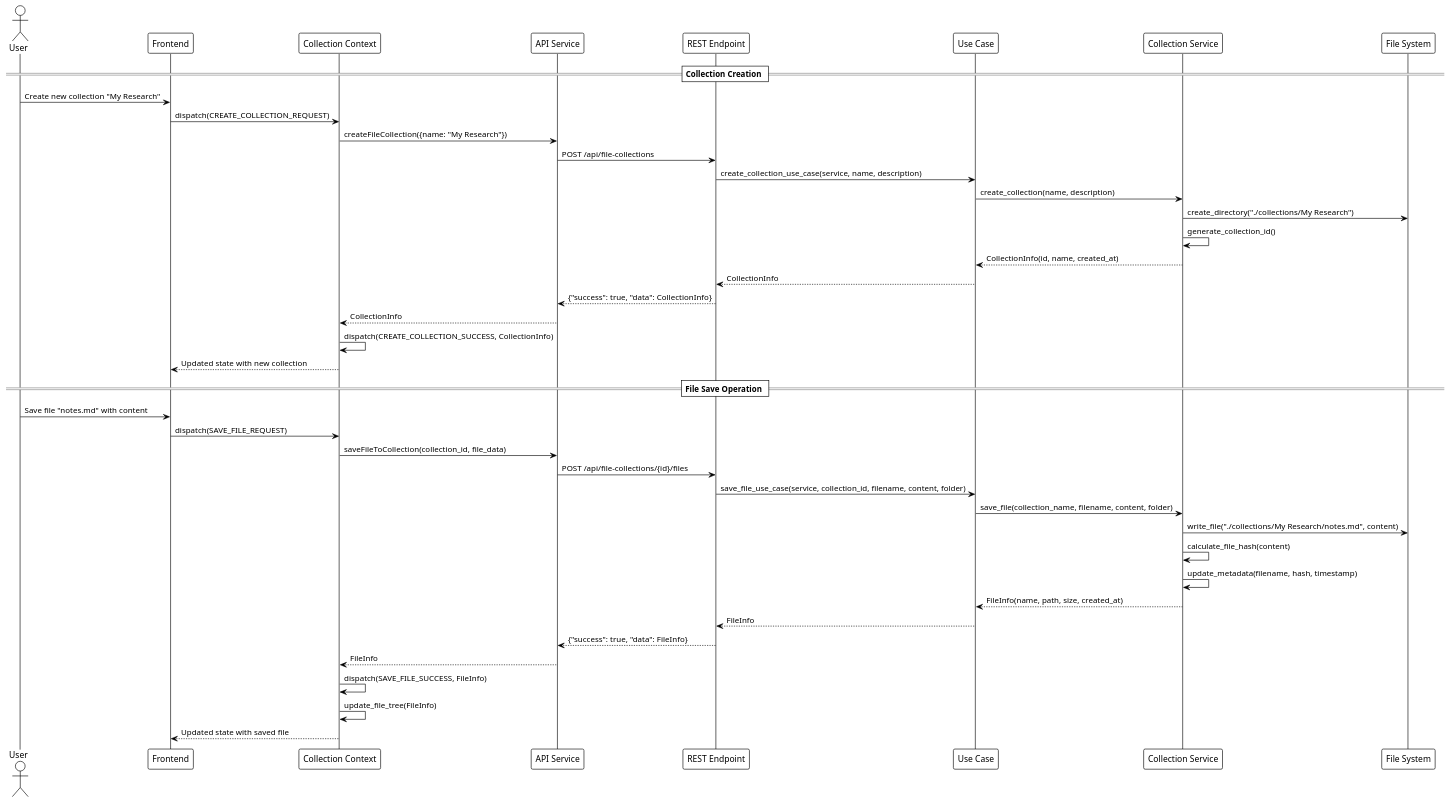
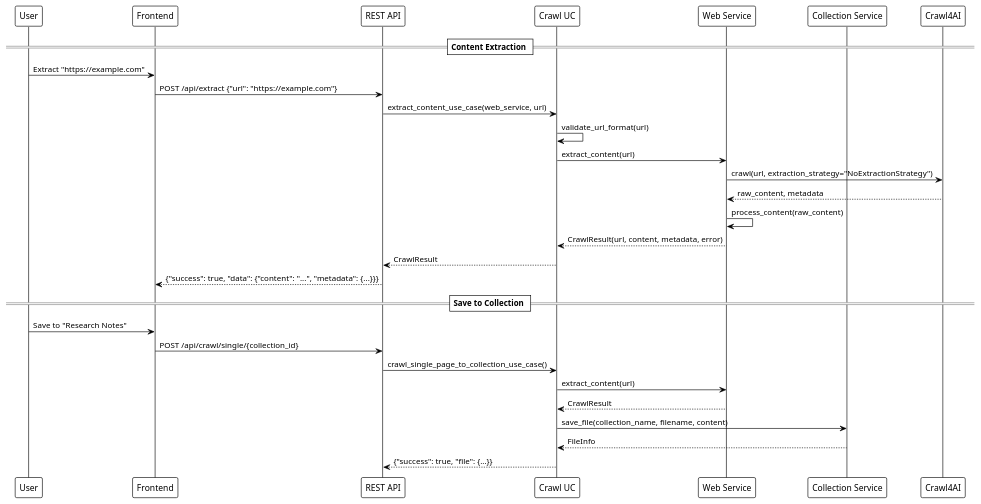
Before and after one commit to fwegener83/crawl4ai-mcp-server: the seventh of 13 diagrams in docs/ARCHITECTURE.md, drawn with PlantUML. The commit also changed other lines of this file and 36 other files, not shown here.

````diff
--- a/docs/ARCHITECTURE.md
+++ b/docs/ARCHITECTURE.md
@@ -647,49 +461,37 @@
 ```puml
-@startuml Collection Management
+@startuml crawling_workflow
 !theme plain
 
-actor User
+participant "User" as User
 participant "Frontend" as FE
-participant "Collection Context" as CTX
-participant "API Service" as API
-participant "REST Endpoint" as REST
-participant "Use Case" as UC
+participant "REST API" as API
+participant "Crawl UC" as CUC
+participant "Web Service" as WS
 participant "Collection Service" as CS
-participant "File System" as FS
+participant "Crawl4AI" as C4AI
 
-== Collection Creation ==
-User -> FE: Create new collection "My Research"
-FE -> CTX: dispatch(CREATE_COLLECTION_REQUEST)
-CTX -> API: createFileCollection({name: "My Research"})
-API -> REST: POST /api/file-collections
-REST -> UC: create_collection_use_case(service, name, description)
-UC -> CS: create_collection(name, description)
-CS -> FS: create_directory("./collections/My Research")
-CS -> CS: generate_collection_id()
-CS --> UC: CollectionInfo(id, name, created_at)
-UC --> REST: CollectionInfo
-REST --> API: {"success": true, "data": CollectionInfo}
-API --> CTX: CollectionInfo
-CTX -> CTX: dispatch(CREATE_COLLECTION_SUCCESS, CollectionInfo)
-CTX --> FE: Updated state with new collection
+== Content Extraction ==
+User -> FE: Extract "https://example.com"
+FE -> API: POST /api/extract {"url": "https://example.com"}
+API -> CUC: extract_content_use_case(web_service, url)
+CUC -> CUC: validate_url_format(url)
+CUC -> WS: extract_content(url)
+WS -> C4AI: crawl(url, extraction_strategy="NoExtractionStrategy")
+C4AI --> WS: raw_content, metadata
+WS -> WS: process_content(raw_content)
+WS --> CUC: CrawlResult(url, content, metadata, error)
+CUC --> API: CrawlResult
+API --> FE: {"success": true, "data": {"content": "...", "metadata": {...}}}
 
-== File Save Operation ==
-User -> FE: Save file "notes.md" with content
-FE -> CTX: dispatch(SAVE_FILE_REQUEST)
-CTX -> API: saveFileToCollection(collection_id, file_data)
-API -> REST: POST /api/file-collections/{id}/files
-REST -> UC: save_file_use_case(service, collection_id, filename, content, folder)
-UC -> CS: save_file(collection_name, filename, content, folder)
-CS -> FS: write_file("./collections/My Research/notes.md", content)
-CS -> CS: calculate_file_hash(content)
-CS -> CS: update_metadata(filename, hash, timestamp)
-CS --> UC: FileInfo(name, path, size, created_at)
-UC --> REST: FileInfo
-REST --> API: {"success": true, "data": FileInfo}
-API --> CTX: FileInfo
-CTX -> CTX: dispatch(SAVE_FILE_SUCCESS, FileInfo)
-CTX -> CTX: update_file_tree(FileInfo)
-CTX --> FE: Updated state with saved file
+== Save to Collection ==
+User -> FE: Save to "Research Notes"
+FE -> API: POST /api/crawl/single/{collection_id}
+API -> CUC: crawl_single_page_to_collection_use_case()
+CUC -> WS: extract_content(url)
+WS --> CUC: CrawlResult
+CUC -> CS: save_file(collection_name, filename, content)
+CS --> CUC: FileInfo
+CUC --> API: {"success": true, "file": {...}}
 
 @enduml
 ```
````
